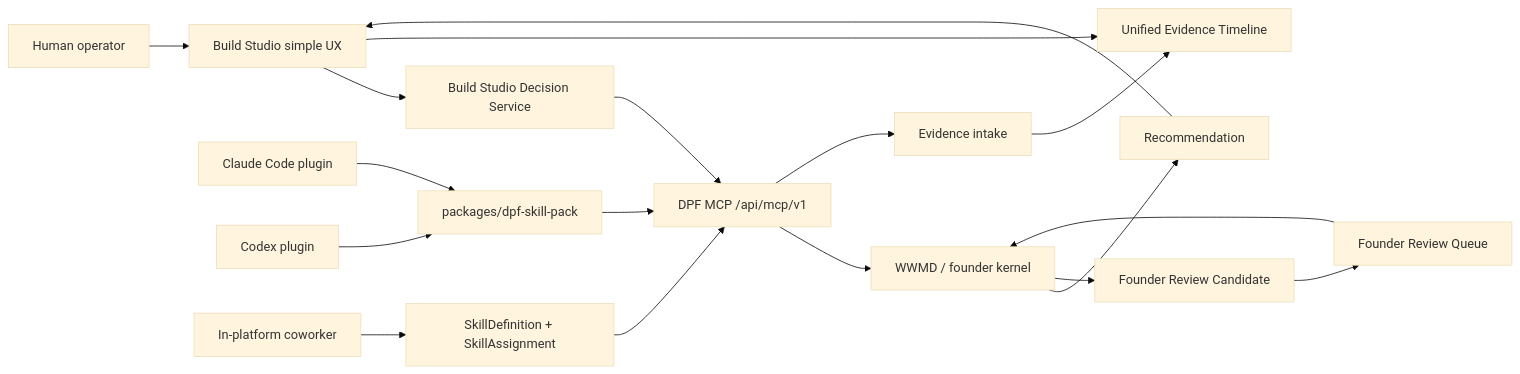
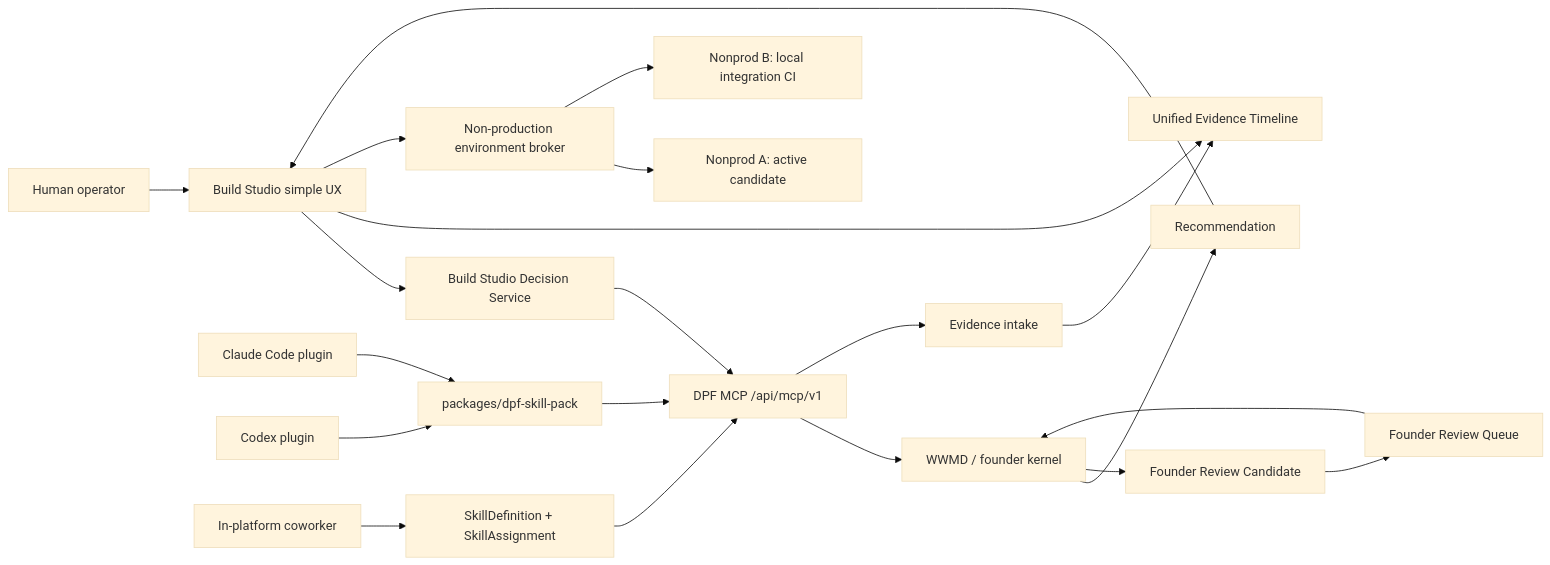
The diagram in docs/superpowers/specs/2026-05-26-build-studio-decision-skill-packs-design.md (OpenDigitalProductFactory/opendigitalproductfactory), drawn with Mermaid (base theme) before and after one commit. The commit also changed other lines of this file, not shown here.

Commit message:
docs: add nonprod environment discipline to Build Studio spec

````diff
--- a/docs/superpowers/specs/2026-05-26-build-studio-decision-skill-packs-design.md
+++ b/docs/superpowers/specs/2026-05-26-build-studio-decision-skill-packs-design.md
@@ -144,24 +147,27 @@
 ```mermaid
 flowchart LR
   Human["Human operator"] --> BS["Build Studio simple UX"]
   BS --> BDS["Build Studio Decision Service"]
   BS --> Timeline["Unified Evidence Timeline"]
+  BS --> EnvBroker["Non-production environment broker"]
 
   Claude["Claude Code plugin"] --> DPFPlugin["packages/dpf-skill-pack"]
   Codex["Codex plugin"] --> DPFPlugin
   Coworker["In-platform coworker"] --> SkillRows["SkillDefinition + SkillAssignment"]
 
   DPFPlugin --> MCP["DPF MCP /api/mcp/v1"]
   SkillRows --> MCP
   BDS --> MCP
 
   MCP --> Kernel["WWMD / founder kernel"]
   MCP --> Evidence["Evidence intake"]
+  EnvBroker --> ActiveEnv["Nonprod A: active candidate"]
+  EnvBroker --> IntegrationEnv["Nonprod B: local integration CI"]
   Kernel --> Answer["Recommendation"]
   Kernel --> Gap["Founder Review Candidate"]
 
   Answer --> BS
   Evidence --> Timeline
   Gap --> Queue["Founder Review Queue"]
   Queue --> Kernel
 ```
````
